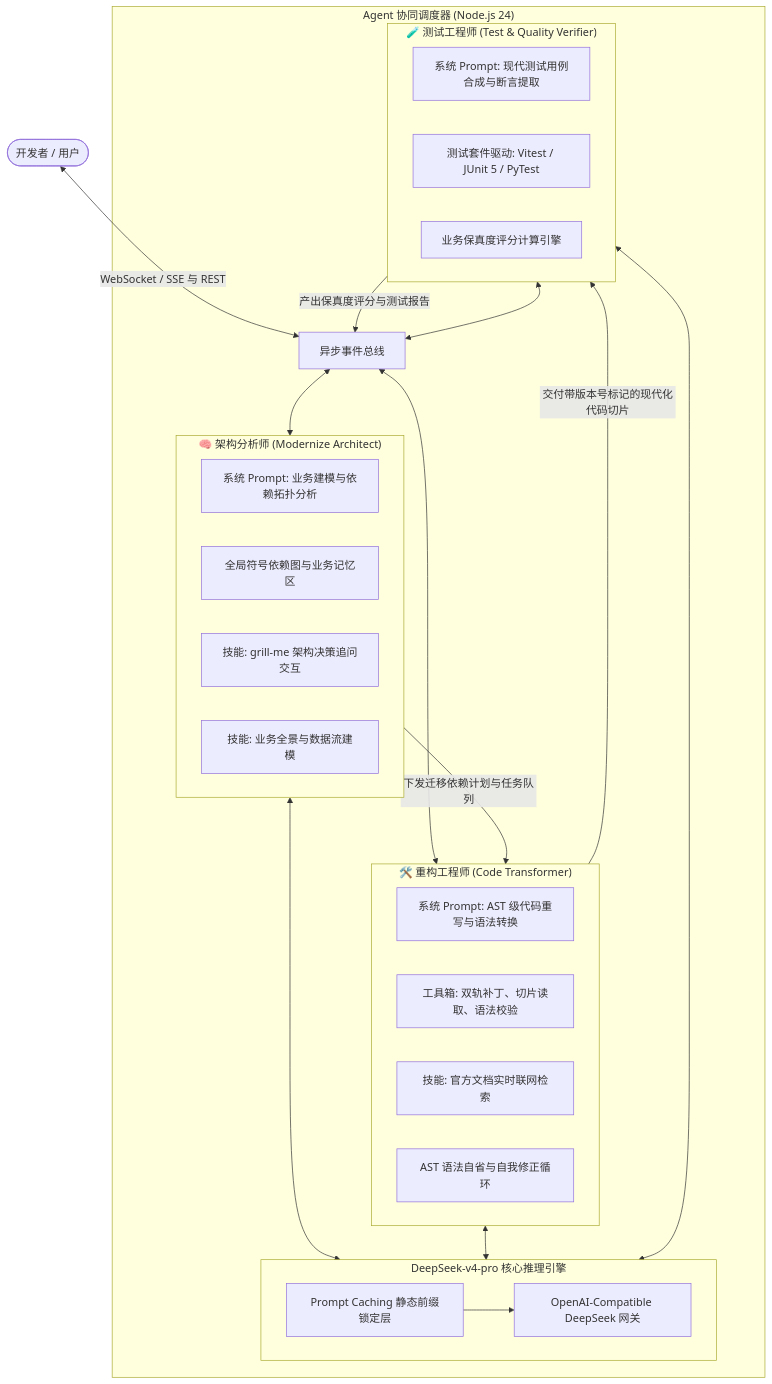
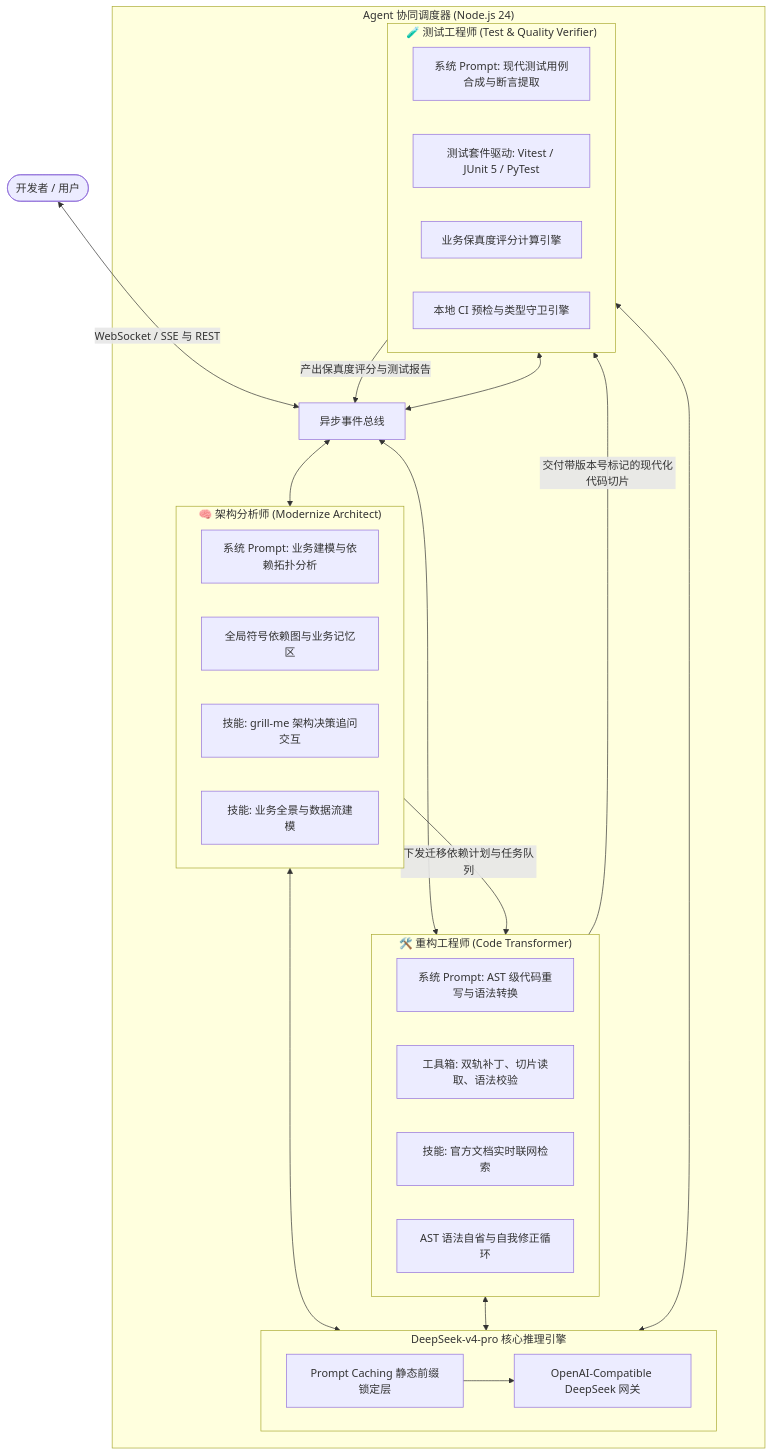
One commit to SakuraCianna/LegacyCodeModernizer changed the first of 3 diagrams in docs/zh/agent-orchestration.md. Above: the diagram before and after it, drawn with Mermaid. The commit also changed other lines of this file and 5 other files, not shown here.

````diff
--- a/docs/zh/agent-orchestration.md
+++ b/docs/zh/agent-orchestration.md
@@ -13,47 +13,48 @@
 ```mermaid
 graph TD
     User(["开发者 / 用户"])
 
     subgraph Orchestration ["Agent 协同调度器 (Node.js 24)"]
         EventBus["异步事件总线"]
 
         subgraph ArchAgent ["🧠 架构分析师 (Modernize Architect)"]
             A_Prompt["系统 Prompt: 业务建模与依赖拓扑分析"]
             A_Memory["全局符号依赖图与业务记忆区"]
             A_Skill1["技能: grill-me 架构决策追问交互"]
             A_Skill2["技能: 业务全景与数据流建模"]
         end
 
         subgraph TransAgent ["🛠️ 重构工程师 (Code Transformer)"]
             T_Prompt["系统 Prompt: AST 级代码重写与语法转换"]
             T_Tools["工具箱: 双轨补丁、切片读取、语法校验"]
             T_Skill3["技能: 官方文档实时联网检索"]
             T_Reflection["AST 语法自省与自我修正循环"]
         end
 
         subgraph TestAgent ["🧪 测试工程师 (Test & Quality Verifier)"]
             Q_Prompt["系统 Prompt: 现代测试用例合成与断言提取"]
             Q_Harness["测试套件驱动: Vitest / JUnit 5 / PyTest"]
             Q_Scorer["业务保真度评分计算引擎"]
+            Q_CIDryRun["本地 CI 预检与类型守卫引擎"]
         end
 
         subgraph LLM_Engine ["DeepSeek-v4-pro 核心推理引擎"]
             Cache["Prompt Caching 静态前缀锁定层"]
             Client["OpenAI-Compatible DeepSeek 网关"]
             Cache --> Client
         end
     end
 
     User <-->|WebSocket / SSE 与 REST| EventBus
     EventBus <--> ArchAgent
     EventBus <--> TransAgent
     EventBus <--> TestAgent
 
     ArchAgent -->|下发迁移依赖计划与任务队列| TransAgent
     TransAgent -->|交付带版本号标记的现代化代码切片| TestAgent
     TestAgent -->|产出保真度评分与测试报告| EventBus
 
     ArchAgent <--> LLM_Engine
     TransAgent <--> LLM_Engine
     TestAgent <--> LLM_Engine
 ```
````
